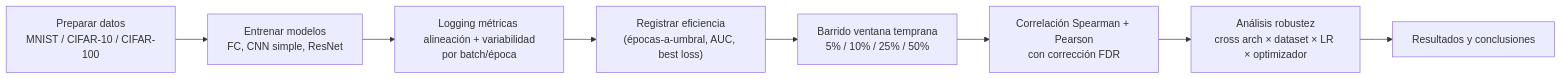
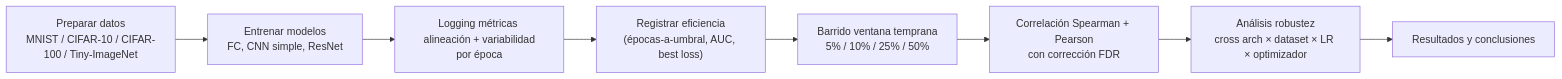
Before and after one commit to LaiqianDS/gradient-alignment: the diagram in docs/research/1 - Diseño.md, drawn with Mermaid. The commit also changed other lines of this file and 48 other files, not shown here.

````diff
--- a/docs/research/1 - Diseño.md
+++ b/docs/research/1 - Diseño.md
@@ -92,10 +91,10 @@
 ```mermaid
 flowchart LR
-    A["Preparar datos\nMNIST / CIFAR-10 / CIFAR-100"] --> B["Entrenar modelos\nFC, CNN simple, ResNet"]
-    B --> C["Logging métricas alineación + variabilidad\npor batch/época"]
+    A["Preparar datos\nMNIST / CIFAR-10 / CIFAR-100 / Tiny-ImageNet"] --> B["Entrenar modelos\nFC, CNN simple, ResNet"]
+    B --> C["Logging métricas alineación + variabilidad\npor época"]
     C --> D["Registrar eficiencia\n(épocas-a-umbral, AUC, best loss)"]
     D --> E["Barrido ventana temprana\n5% / 10% / 25% / 50%"]
     E --> F["Correlación Spearman + Pearson\ncon corrección FDR"]
     F --> G["Análisis robustez\ncross arch × dataset × LR × optimizador"]
     G --> H["Resultados y conclusiones"]
 ```
````
